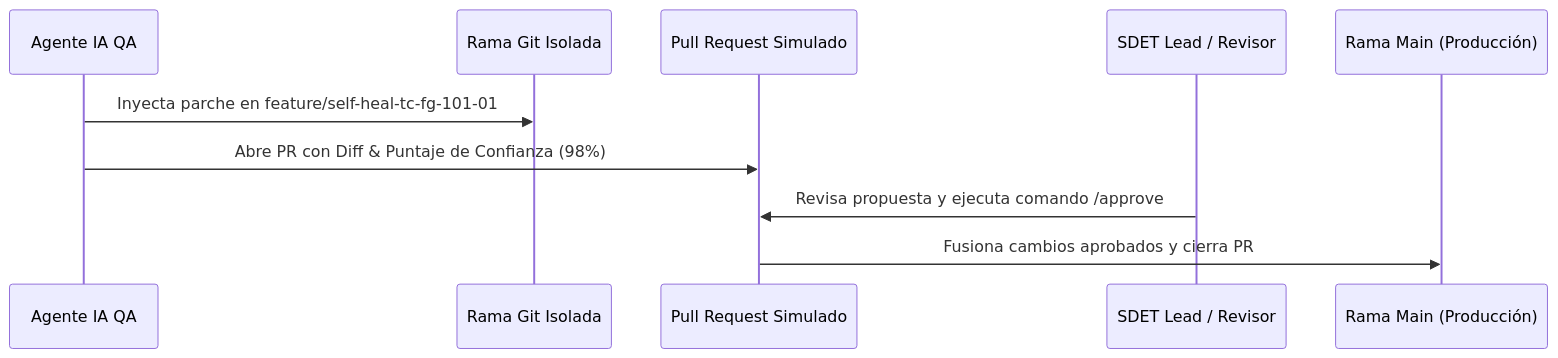
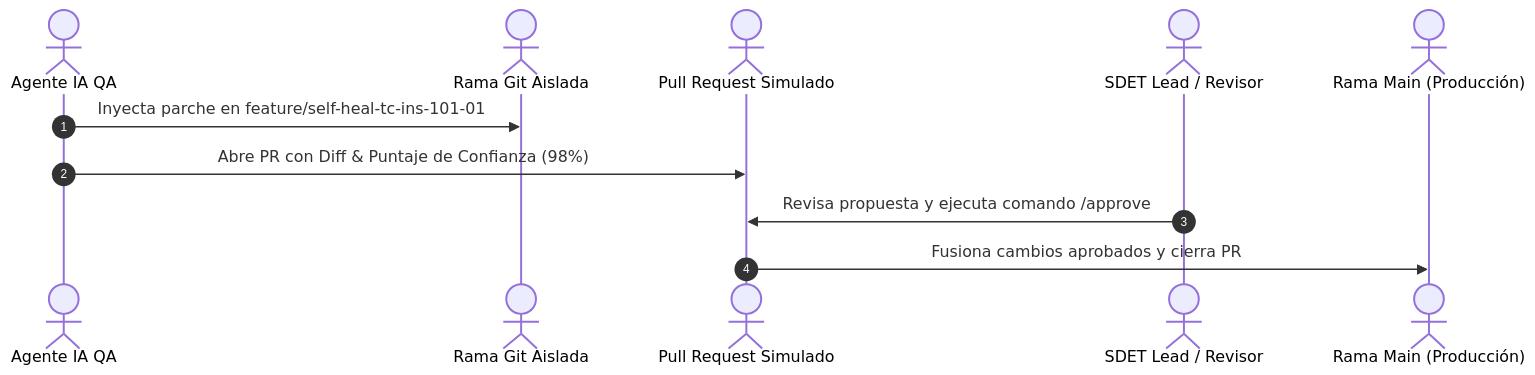
Before and after one commit to lodionan/AI_software_test_automation: the diagram in reports/report-summary.md, drawn with Mermaid. The commit also changed other lines of this file and 17 other files, not shown here.

````diff
--- a/reports/report-summary.md
+++ b/reports/report-summary.md
@@ -150,13 +150,14 @@
 ```mermaid
 sequenceDiagram
-    participant Agent as Agente IA QA
-    participant Git as Rama Git Isolada
-    participant PR as Pull Request Simulado
-    participant Human as SDET Lead / Revisor
-    participant Main as Rama Main (Producción)
+    autonumber
+    actor Agent as Agente IA QA
+    actor Git as Rama Git Aislada
+    actor PR as Pull Request Simulado
+    actor Human as SDET Lead / Revisor
+    actor Main as Rama Main (Producción)
 
-    Agent->>Git: Inyecta parche en feature/self-heal-tc-fg-101-01
+    Agent->>Git: Inyecta parche en feature/self-heal-tc-ins-101-01
     Agent->>PR: Abre PR con Diff & Puntaje de Confianza (98%)
     Human->>PR: Revisa propuesta y ejecuta comando /approve
     PR->>Main: Fusiona cambios aprobados y cierra PR
 ```
````
